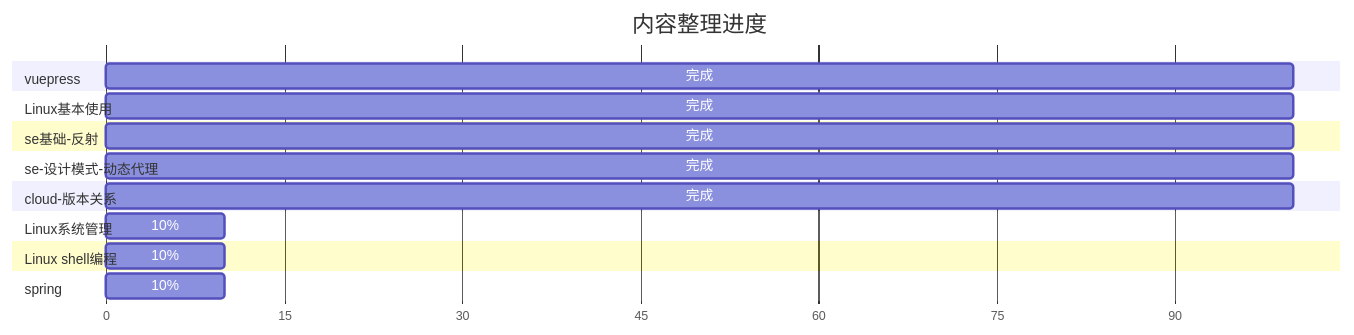
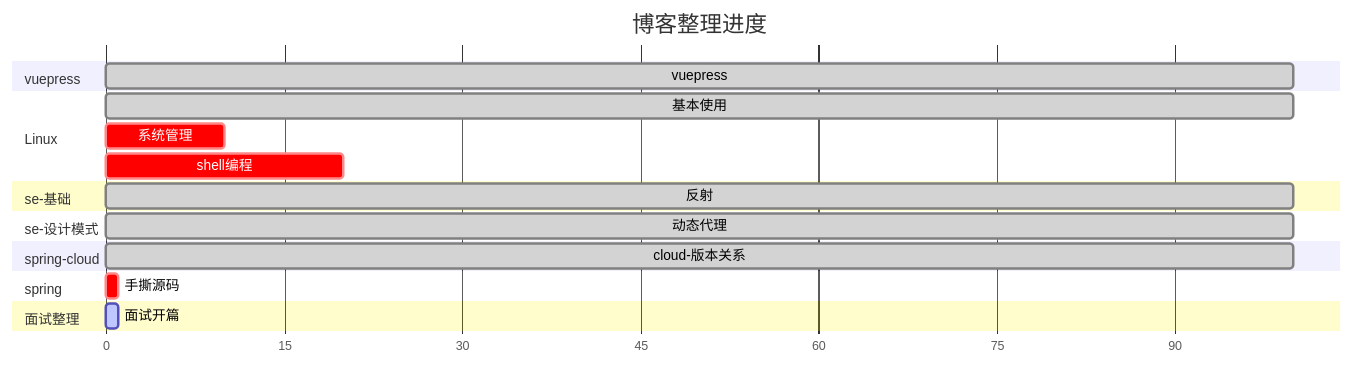
Before and after one commit to zs-mcu/docs: the diagram in docs/README.md, drawn with Mermaid.

````diff
--- a/docs/README.md
+++ b/docs/README.md
@@ -31,27 +31,22 @@
 ```mermaid
 gantt
-    title 内容整理进度
-    dateFormat X
-    axisFormat %s
-    section vuepress
-    完成   : 0, 100
-    section Linux基本使用
-    完成   : 0, 100
-    section se基础-反射
-    完成   : 0, 100
-    section se-设计模式-动态代理
-    完成   : 0, 100
-    section cloud-版本关系
-    完成   : 0, 100
-
-    section Linux系统管理
-    10%   : 0, 10
-    section Linux shell编程
-    10%   : 0, 10
-    section spring
-    10%   : 0, 10
-    
-    section 面试整理
-    1%    : 0, 1
- 
+  title 博客整理进度
+  dateFormat X
+  axisFormat %s
+  section vuepress
+  vuepress   : done,0,100
+  section Linux
+  基本使用   : done,0,100
+  系统管理   : crit,0,10
+  shell编程 : crit,0,20
+  section se-基础
+  反射   :  done,0, 100
+  section se-设计模式
+  动态代理   : done,0, 100
+  section spring-cloud
+  cloud-版本关系   : done,0, 100
+  section spring
+  手撕源码   : crit,0, 1
+  section 面试整理
+  面试开篇 : active,0, 1
 ```
````
